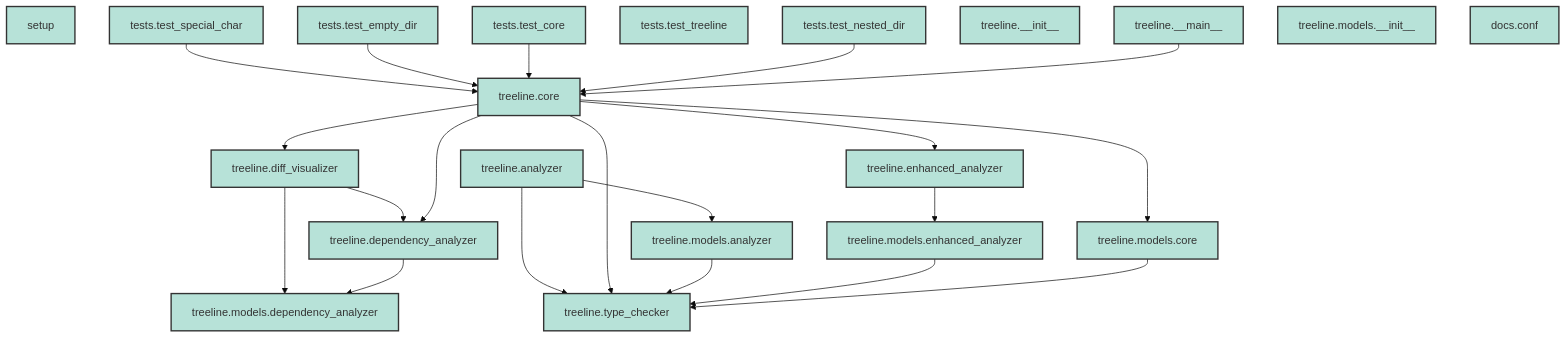
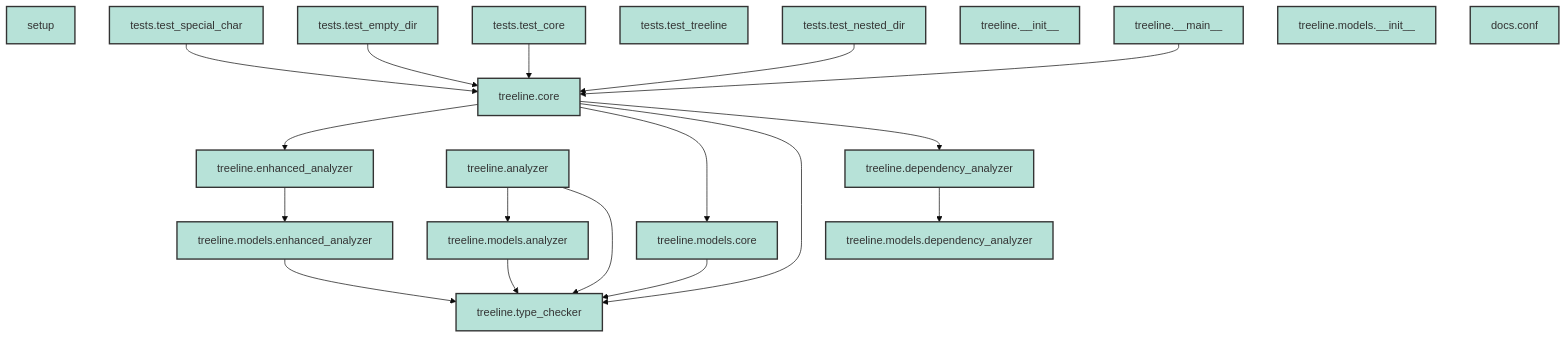
One commit to duriantaco/treeline changed the first of 13 diagrams in results/code_analysis.md. Above: the diagram before and after it, drawn with Mermaid (base theme). The commit also changed other lines of this file and 4 other files, not shown here.

````diff
--- a/results/code_analysis.md
+++ b/results/code_analysis.md
@@ -13,47 +15,43 @@
 ```mermaid
 graph TD
 
     %% Styling
     classDef modNode fill:#b7e2d8,stroke:#333,stroke-width:2px
 
     setup["setup"]:::modNode
     tests_test_special_char["tests.test_special_char"]:::modNode
     tests_test_empty_dir["tests.test_empty_dir"]:::modNode
     tests_test_core["tests.test_core"]:::modNode
     tests_test_treeline["tests.test_treeline"]:::modNode
     tests_test_nested_dir["tests.test_nested_dir"]:::modNode
     treeline_type_checker["treeline.type_checker"]:::modNode
-    treeline_diff_visualizer["treeline.diff_visualizer"]:::modNode
     treeline_dependency_analyzer["treeline.dependency_analyzer"]:::modNode
     treeline_analyzer["treeline.analyzer"]:::modNode
     treeline___init__["treeline.__init__"]:::modNode
     treeline_enhanced_analyzer["treeline.enhanced_analyzer"]:::modNode
     treeline_core["treeline.core"]:::modNode
     treeline___main__["treeline.__main__"]:::modNode
     treeline_models_dependency_analyzer["treeline.models.dependency_analyzer"]:::modNode
     treeline_models_analyzer["treeline.models.analyzer"]:::modNode
     treeline_models___init__["treeline.models.__init__"]:::modNode
     treeline_models_enhanced_analyzer["treeline.models.enhanced_analyzer"]:::modNode
     treeline_models_core["treeline.models.core"]:::modNode
     docs_conf["docs.conf"]:::modNode
 
     tests_test_special_char --> treeline_core
     tests_test_empty_dir --> treeline_core
     tests_test_core --> treeline_core
     tests_test_nested_dir --> treeline_core
-    treeline_diff_visualizer --> treeline_dependency_analyzer
-    treeline_diff_visualizer --> treeline_models_dependency_analyzer
     treeline_dependency_analyzer --> treeline_models_dependency_analyzer
+    treeline_analyzer --> treeline_models_analyzer
     treeline_analyzer --> treeline_type_checker
-    treeline_analyzer --> treeline_models_analyzer
     treeline_enhanced_analyzer --> treeline_models_enhanced_analyzer
+    treeline_core --> treeline_enhanced_analyzer
+    treeline_core --> treeline_models_core
+    treeline_core --> treeline_type_checker
     treeline_core --> treeline_dependency_analyzer
-    treeline_core --> treeline_models_core
-    treeline_core --> treeline_diff_visualizer
-    treeline_core --> treeline_type_checker
-    treeline_core --> treeline_enhanced_analyzer
     treeline___main__ --> treeline_core
     treeline_models_analyzer --> treeline_type_checker
     treeline_models_enhanced_analyzer --> treeline_type_checker
     treeline_models_core --> treeline_type_checker
 ```
````
